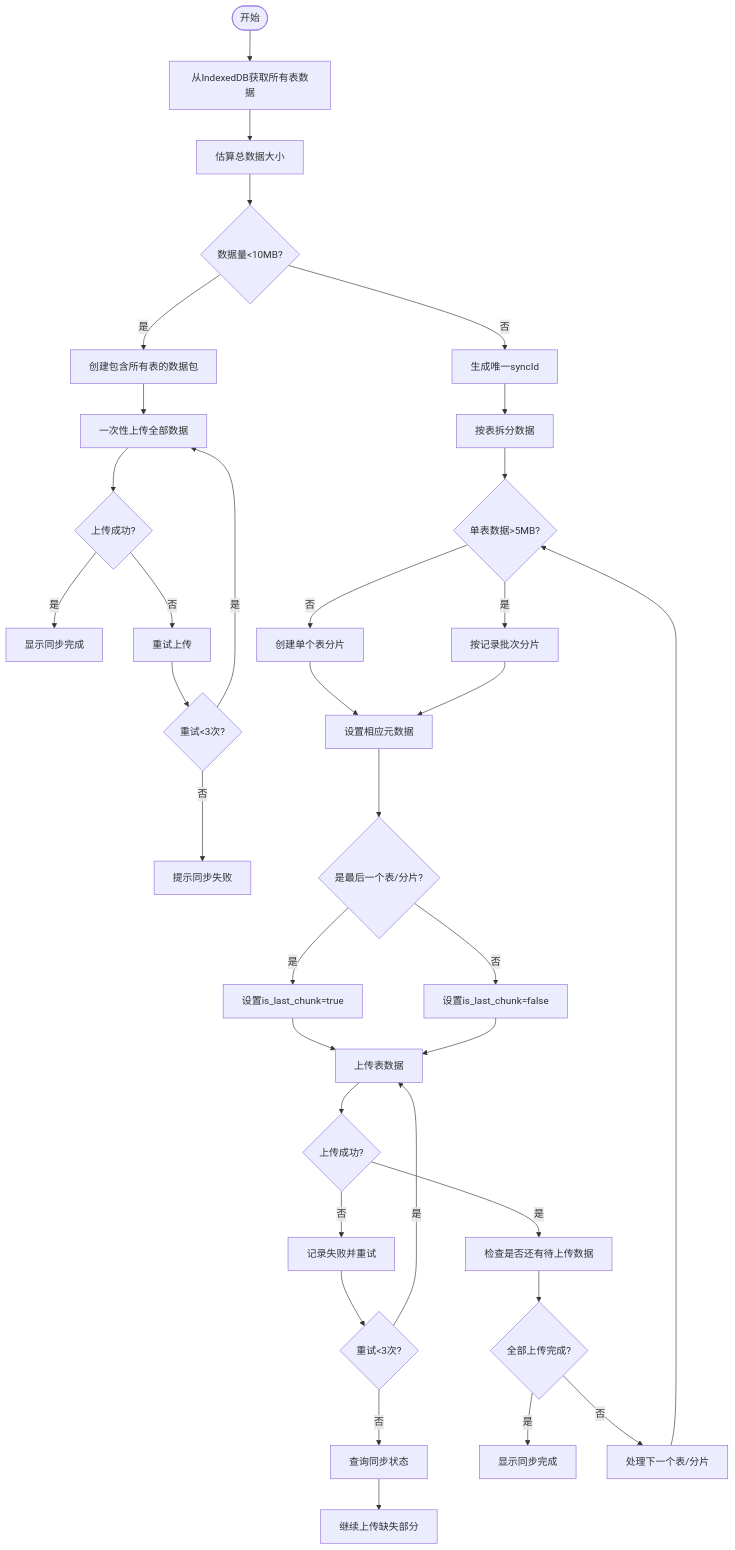
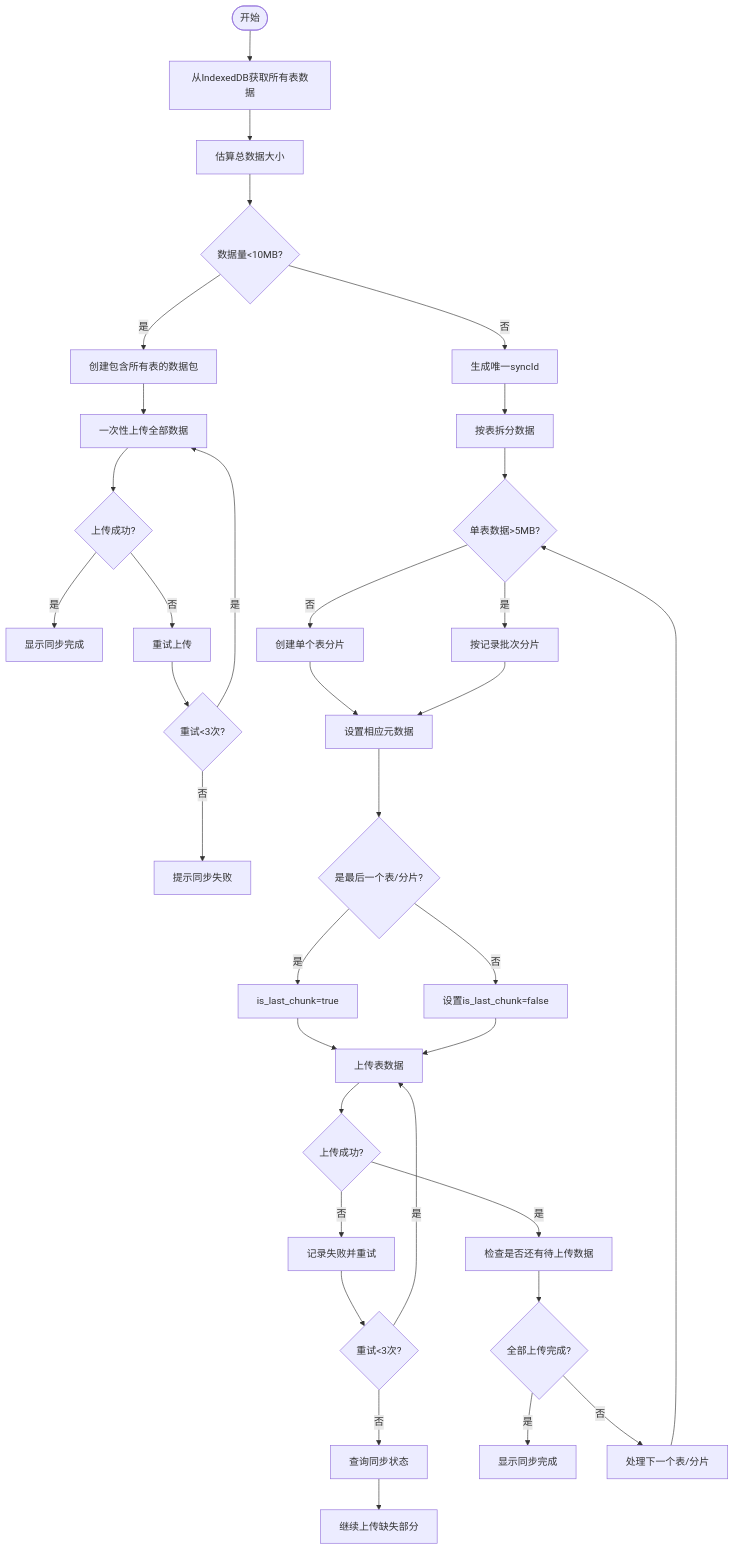
The diagram in all/未命名-62.md (yingjianzh/iodraw-files), drawn with Mermaid before and after one commit.

Commit message:
2025-05-16 14:42:14 update

````diff
--- a/all/未命名-62.md
+++ b/all/未命名-62.md
@@ -1,43 +1,43 @@
 ```mermaid
 
 flowchart TD
     A([开始]) -->E[从IndexedDB获取所有表数据]
     E --> F[估算总数据大小]
     F --> G{数据量<10MB?}
     
     %% 小数据量处理流程
     G -->|是| H[创建包含所有表的数据包]
     H --> J[一次性上传全部数据]
     J --> K{上传成功?}
     K -->|是| L[显示同步完成]
     K -->|否| M[重试上传]
     M --> N{重试<3次?}
     N -->|是| J
     N -->|否| O[提示同步失败]
     
     %% 中大数据量处理流程
     G -->|否| P[生成唯一syncId]
     P --> Q[按表拆分数据]
     Q --> R{单表数据>5MB?}
     R -->|否| S[创建单个表分片]
     R -->|是| T[按记录批次分片]
     S --> U[设置相应元数据]
     T --> U
     U --> V{是最后一个表/分片?}
-    V -->|是| W[设置is_last_chunk=true]
+    V -->|是| W[is_last_chunk=true]
     V -->|否| X[设置is_last_chunk=false]
     W --> Y[上传表数据]
     X --> Y
     Y --> Z{上传成功?}
     Z -->|是| AA[检查是否还有待上传数据]
     Z -->|否| AB[记录失败并重试]
     AB --> AC{重试<3次?}
     AC -->|是| Y
     AC -->|否| AD[查询同步状态]
     AD --> AE[继续上传缺失部分]
     AA --> AF{全部上传完成?}
     AF -->|是| AG[显示同步完成]
     AF -->|否| AH[处理下一个表/分片]
     AH --> R
 
 ```
````
